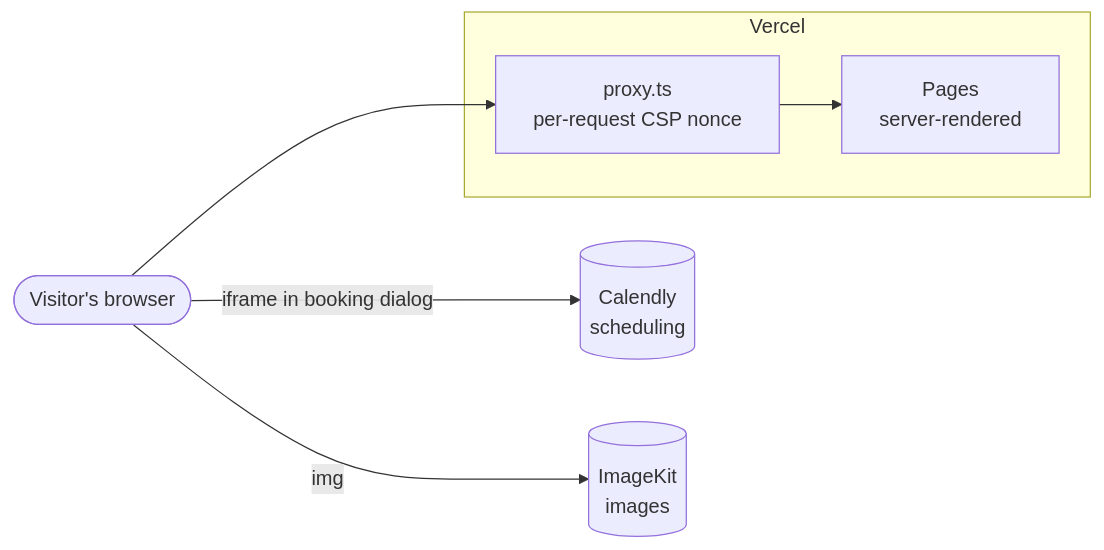
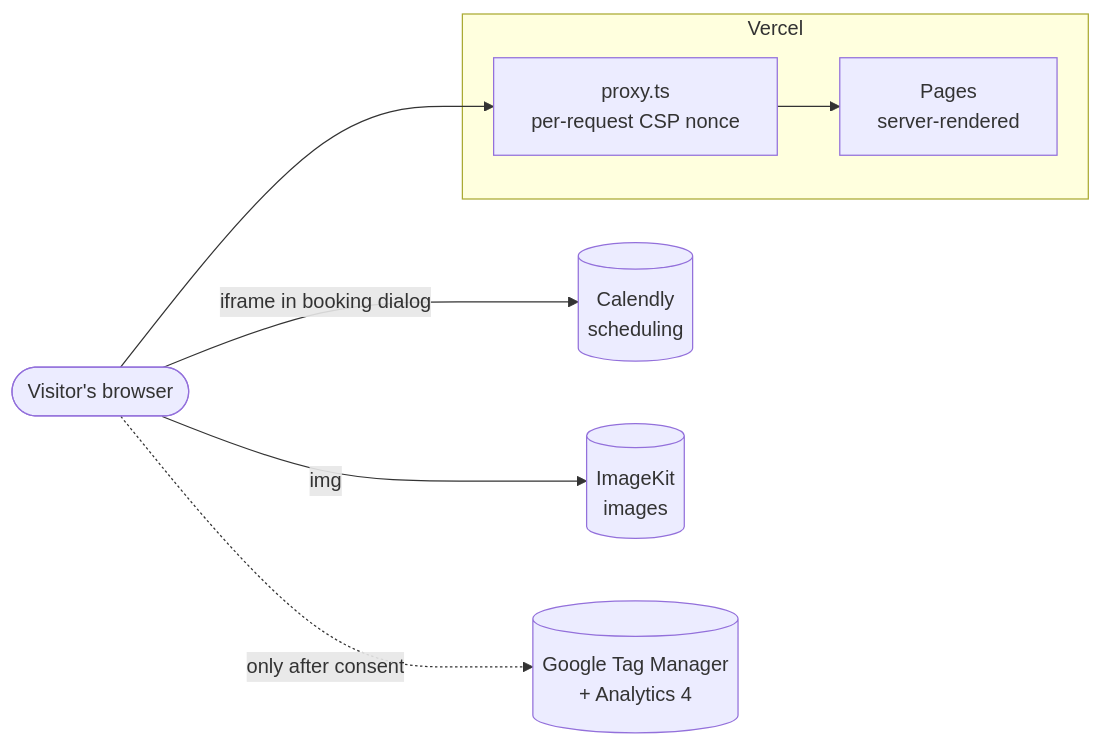
Before and after one commit to bdocamponuvatoai/nuvatoai: the first of 3 diagrams in docs/ARCHITECTURE.md, drawn with Mermaid. The commit also changed other lines of this file and 4 other files, not shown here.

First line of the commit message:
Document analytics, consent, and how to manage GTM tags

````diff
--- a/docs/ARCHITECTURE.md
+++ b/docs/ARCHITECTURE.md
@@ -14,16 +15,18 @@
 ```mermaid
 flowchart LR
   browser([Visitor's browser])
 
   subgraph vercel [Vercel]
     proxy[proxy.ts<br/>per-request CSP nonce]
     pages[Pages<br/>server-rendered]
   end
 
   calendly[(Calendly<br/>scheduling)]
   imagekit[(ImageKit<br/>images)]
+  google[(Google Tag Manager<br/>+ Analytics 4)]
 
   browser --> proxy --> pages
   browser -- iframe in booking dialog --> calendly
   browser -- img --> imagekit
+  browser -. only after consent .-> google
 ```
````
